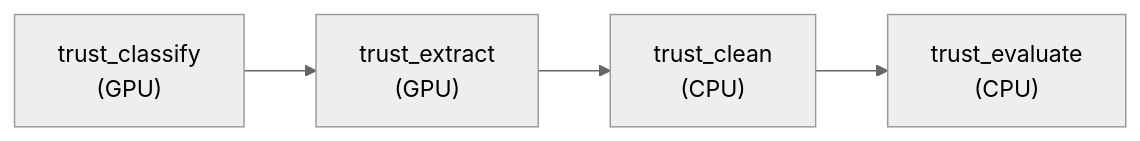
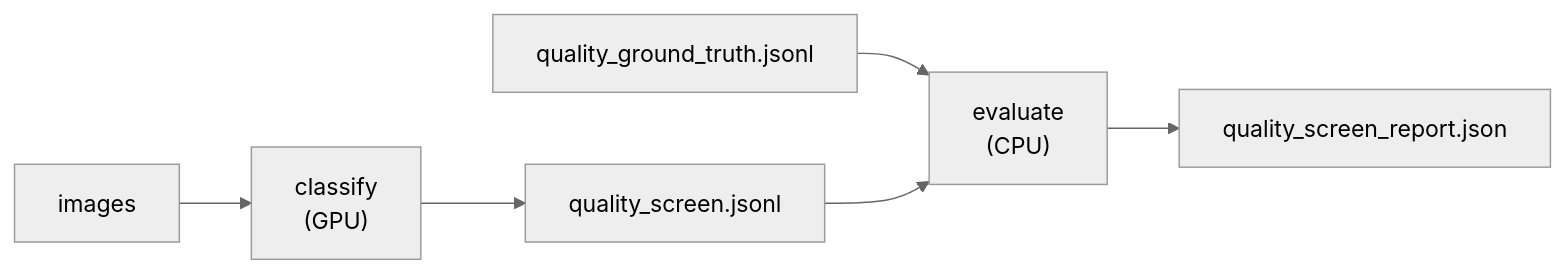
Before and after one commit to tmnestor/LMM_POC: the diagram in README.md, drawn with Mermaid (neutral theme). The commit also changed other lines of this file and 4 other files, not shown here.

````diff
--- a/README.md
+++ b/README.md
@@ -414,4 +57,8 @@
 ```mermaid
-graph LR
-    A["trust_classify<br/>(GPU)"] --> B["trust_extract<br/>(GPU)"] --> C["trust_clean<br/>(CPU)"] --> D["trust_evaluate<br/>(CPU)"]
+flowchart LR
+    A[images] --> B["classify<br/>(GPU)"]
+    B --> C[quality_screen.jsonl]
+    D[quality_ground_truth.jsonl] --> E
+    C --> E["evaluate<br/>(CPU)"]
+    E --> F[quality_screen_report.json]
 ```
````
